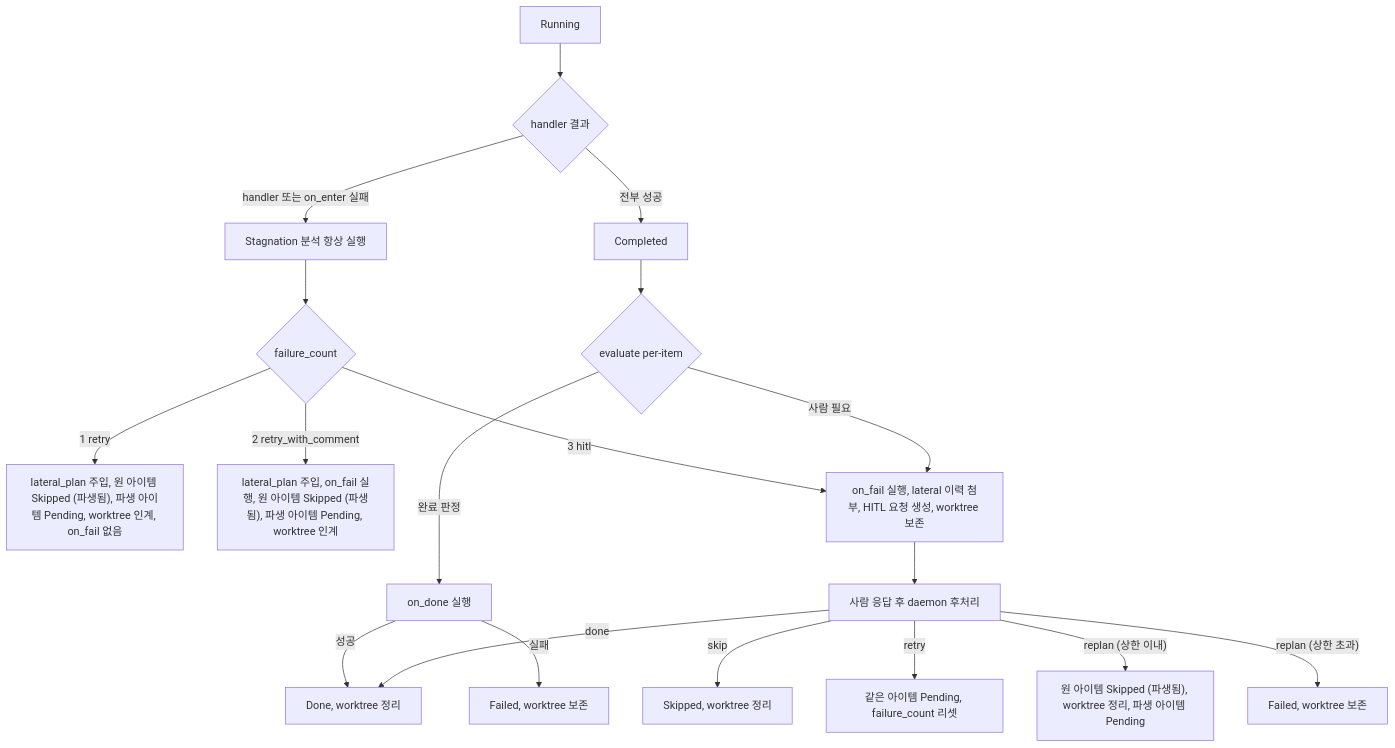
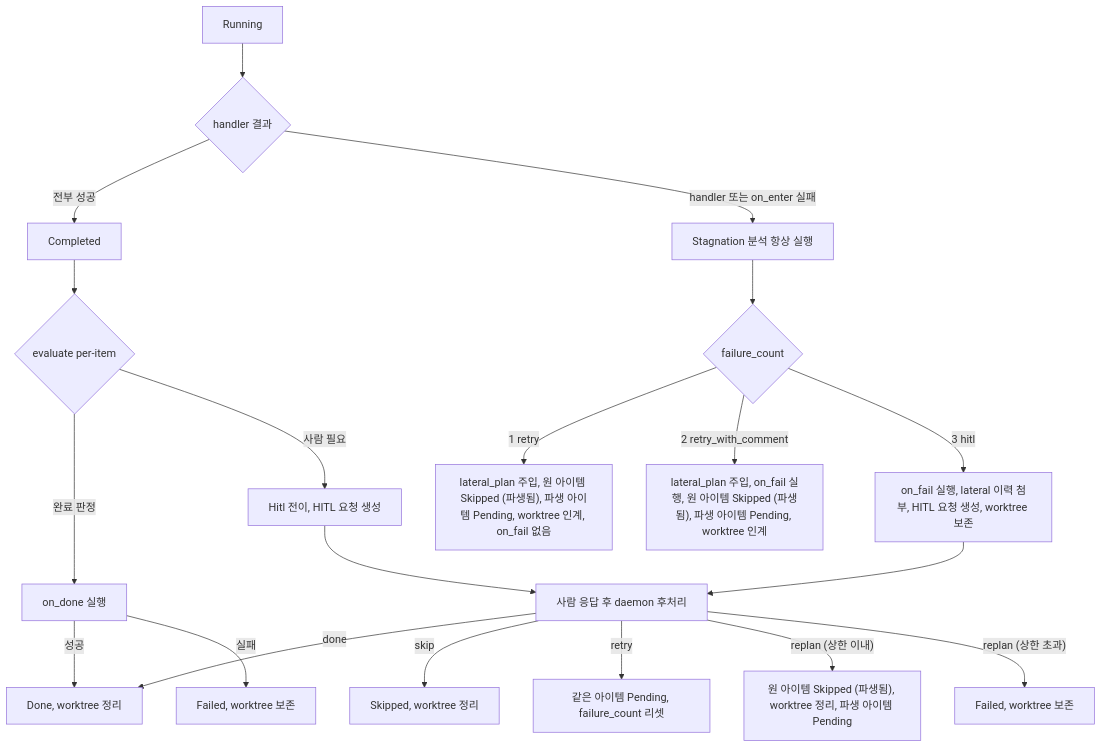
One commit to kys0213/belt changed the second of 8 diagrams in spec/concerns/queue-state-machine.md. Above: the diagram before and after it, drawn with Mermaid. The commit also changed other lines of this file and 1 other file, not shown here.

First line of the commit message:
docs(spec): separate evaluate hitl edge from escalation hooks and count evaluator retry toward failure cap

````diff
--- a/spec/concerns/queue-state-machine.md
+++ b/spec/concerns/queue-state-machine.md
@@ -78,21 +78,22 @@
 ```mermaid
 flowchart TD
     R["Running"] --> S{"handler 결과"}
     S -- "전부 성공" --> C["Completed"]
     S -- "handler 또는 on_enter 실패" --> A["Stagnation 분석 항상 실행"]
     A --> F{"failure_count"}
     F -- "1 retry" --> R1["lateral_plan 주입, 원 아이템 Skipped (파생됨), 파생 아이템 Pending, worktree 인계, on_fail 없음"]
     F -- "2 retry_with_comment" --> R2["lateral_plan 주입, on_fail 실행, 원 아이템 Skipped (파생됨), 파생 아이템 Pending, worktree 인계"]
     F -- "3 hitl" --> H["on_fail 실행, lateral 이력 첨부, HITL 요청 생성, worktree 보존"]
     C --> E{"evaluate per-item"}
     E -- "완료 판정" --> D["on_done 실행"]
-    E -- "사람 필요" --> H
+    E -- "사람 필요" --> EH["Hitl 전이, HITL 요청 생성"]
     D -- "성공" --> Done["Done, worktree 정리"]
     D -- "실패" --> Failed["Failed, worktree 보존"]
     H --> P["사람 응답 후 daemon 후처리"]
+    EH --> P
     P -- "done" --> Done
     P -- "skip" --> Sk["Skipped, worktree 정리"]
     P -- "retry" --> Pe["같은 아이템 Pending, failure_count 리셋"]
     P -- "replan (상한 이내)" --> Rp["원 아이템 Skipped (파생됨), worktree 정리, 파생 아이템 Pending"]
     P -- "replan (상한 초과)" --> Fl["Failed, worktree 보존"]
 ```
````
